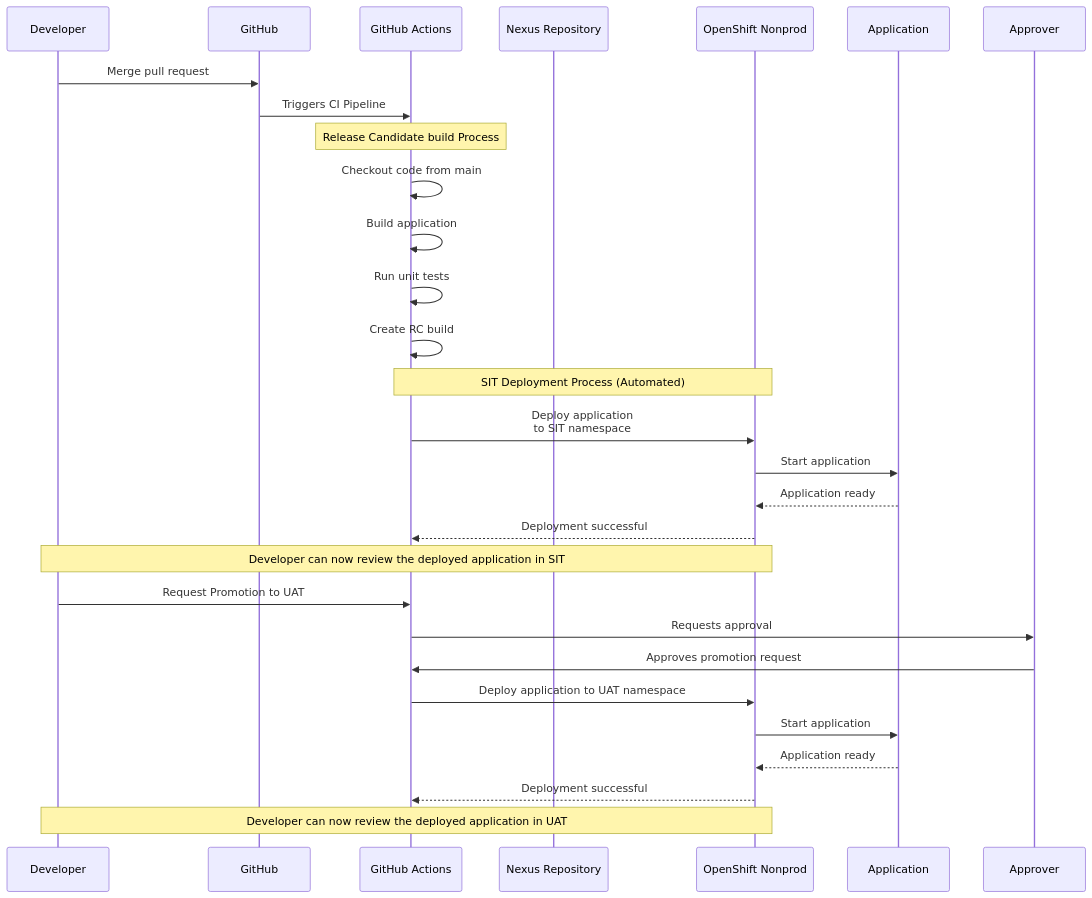
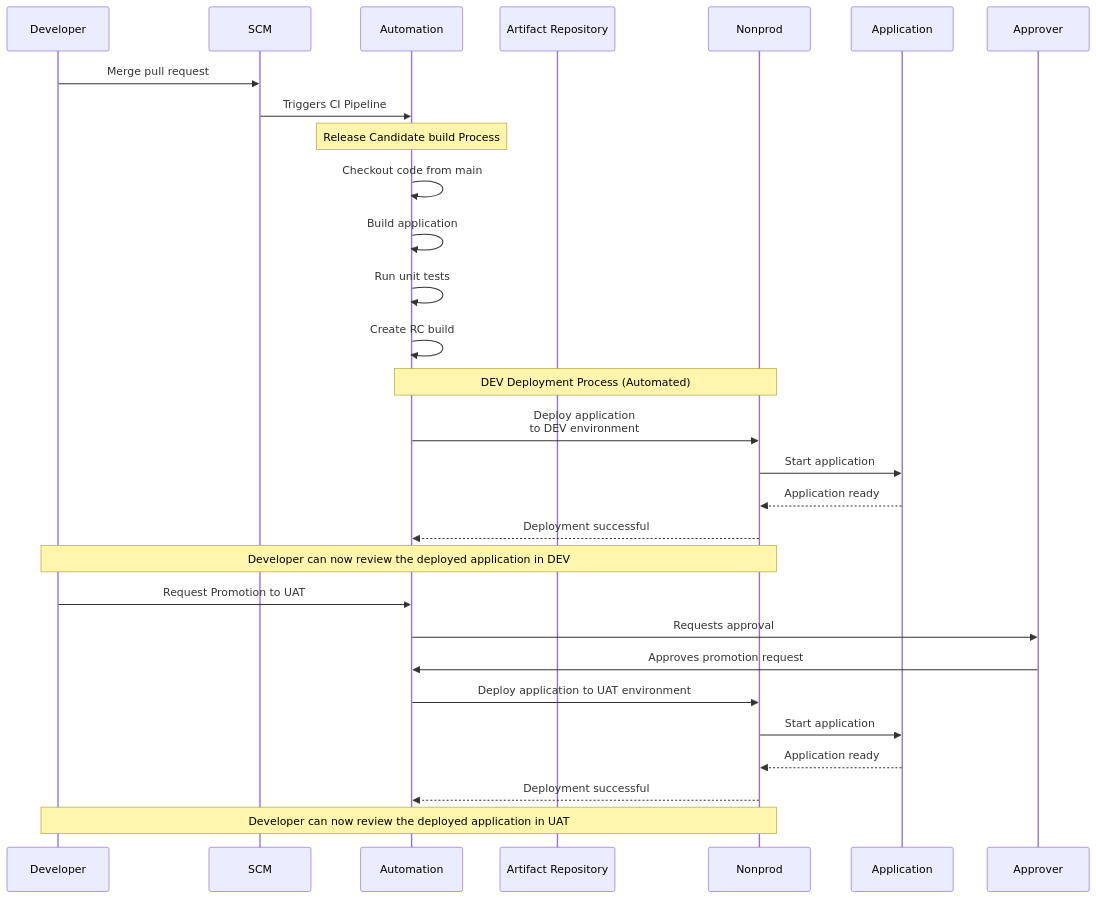
The second of 3 diagrams in deployment.md (cdkovacs/gi-pov), drawn with Mermaid before and after one commit. The commit also changed other lines of this file and 3 other files, not shown here.

Commit message:
Added flow version, made deployment diagram generic

````diff
--- a/deployment.md
+++ b/deployment.md
@@ -58,38 +58,38 @@
 ```mermaid
 sequenceDiagram
     participant Dev as Developer
-    participant GH as GitHub
-    participant GA as GitHub Actions
-    participant Nexus as Nexus Repository
-    participant OSD as OpenShift Nonprod
+    participant GH as SCM
+    participant GA as Automation
+    participant Nexus as Artifact Repository
+    participant OSD as Nonprod
     participant App as Application
     participant TL as Approver
 
     Dev->>GH: Merge pull request
     GH->>GA: Triggers CI Pipeline
 
     Note over GA: Release Candidate build Process
     GA->>GA: Checkout code from main
     GA->>GA: Build application
     GA->>GA: Run unit tests
     GA->>GA: Create RC build
     
-    Note over GA,OSD: SIT Deployment Process (Automated)
-    GA->>OSD: Deploy application <br/>to SIT namespace
+    Note over GA,OSD: DEV Deployment Process (Automated)
+    GA->>OSD: Deploy application <br/>to DEV environment
     OSD->>App: Start application
     App-->>OSD: Application ready
     OSD-->>GA: Deployment successful
     
-    Note over Dev,OSD: Developer can now review the deployed application in SIT
+    Note over Dev,OSD: Developer can now review the deployed application in DEV
     Dev->>GA: Request Promotion to UAT
     GA->>TL: Requests approval
     TL->>GA: Approves promotion request
 
-    GA->>OSD: Deploy application to UAT namespace 
+    GA->>OSD: Deploy application to UAT environment 
     OSD->>App: Start application
     App-->>OSD: Application ready
     OSD-->>GA: Deployment successful
 
     Note over Dev,OSD: Developer can now review the deployed application in UAT
 
 ```
````
